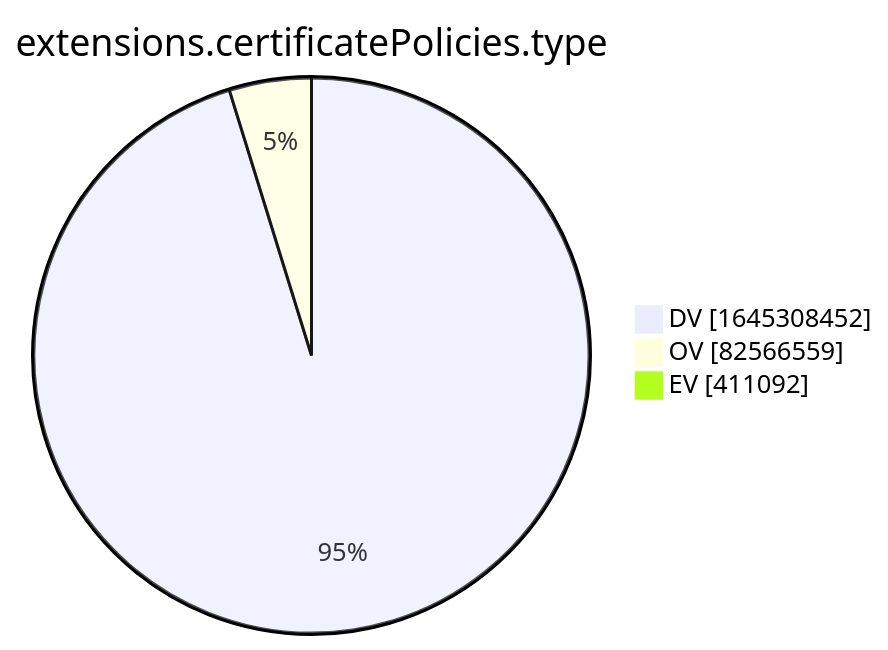
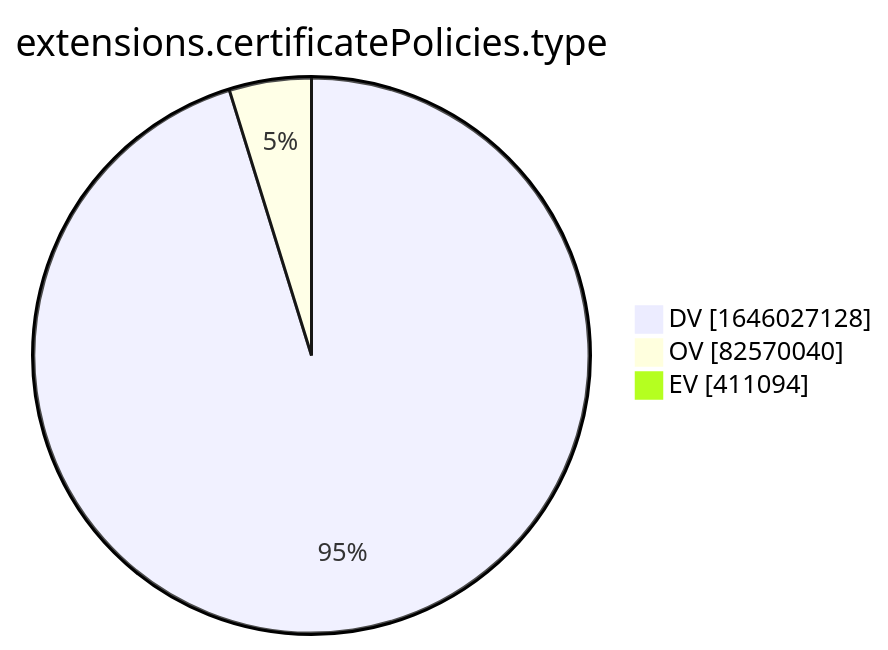
One commit to christiankrug/ctmonitor_visualization changed the tenth of 15 diagrams in xenon2022/README.md. Above: the diagram before and after it, drawn with Mermaid. The commit also changed other lines of this file, not shown here.

````diff
--- a/xenon2022/README.md
+++ b/xenon2022/README.md
@@ -2879,7 +2879,7 @@
 ```mermaid
 pie showData
 title extensions.certificatePolicies.type
-"DV" :1645308452
-"OV" :82566559
-"EV" :411092
+"DV" :1646027128
+"OV" :82570040
+"EV" :411094
 ```
````
